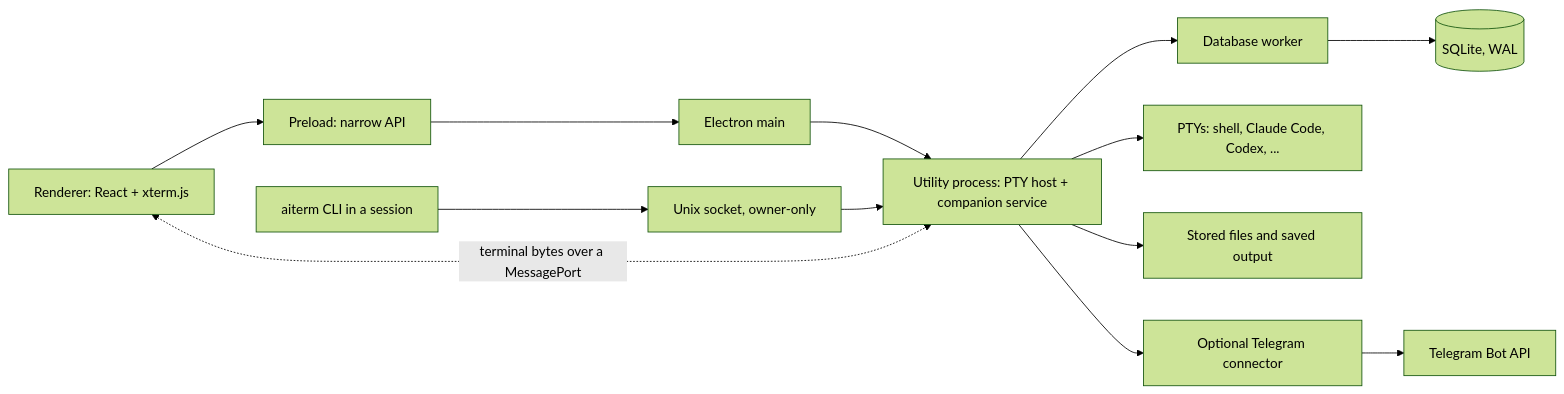
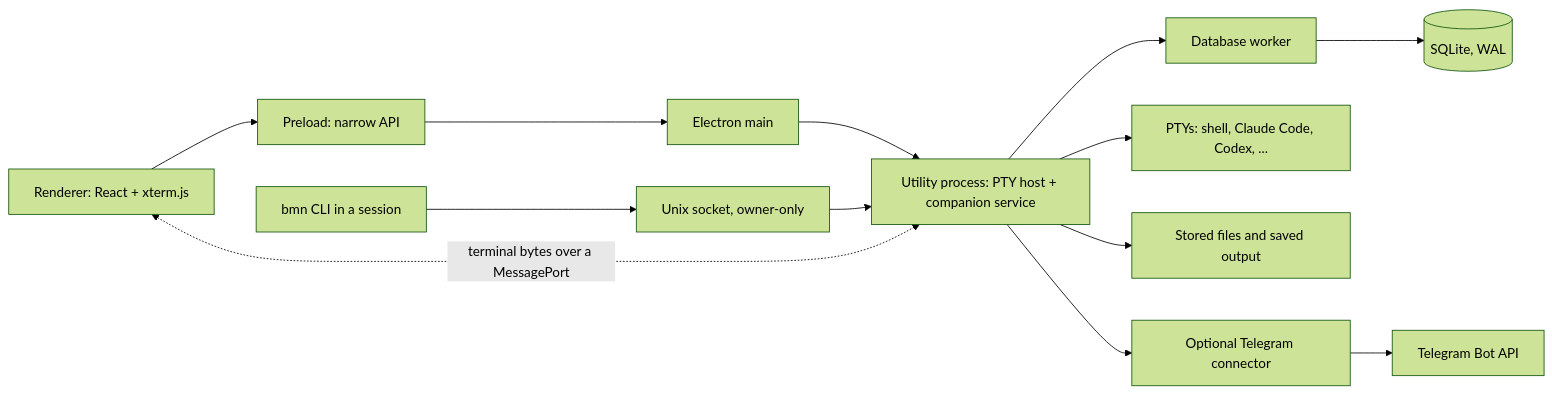
Before and after one commit to forever-Agriculture/BMN: the diagram in docs/architecture.md, drawn with Mermaid (forest theme). The commit also changed other lines of this file and 15 other files, not shown here.

````diff
--- a/docs/architecture.md
+++ b/docs/architecture.md
@@ -6,13 +6,13 @@
 ```mermaid
 flowchart LR
   R[Renderer: React + xterm.js] --> P[Preload: narrow API]
   P --> M[Electron main]
   M --> U[Utility process: PTY host + companion service]
   U --> W[Database worker]
   W --> SQL[(SQLite, WAL)]
   U --> PT[PTYs: shell, Claude Code, Codex, ...]
   U --> F[Stored files and saved output]
-  C[aiterm CLI in a session] --> S[Unix socket, owner-only] --> U
+  C[bmn CLI in a session] --> S[Unix socket, owner-only] --> U
   U --> T[Optional Telegram connector] --> B[Telegram Bot API]
   R <-.terminal bytes over a MessagePort.-> U
 ```
````
